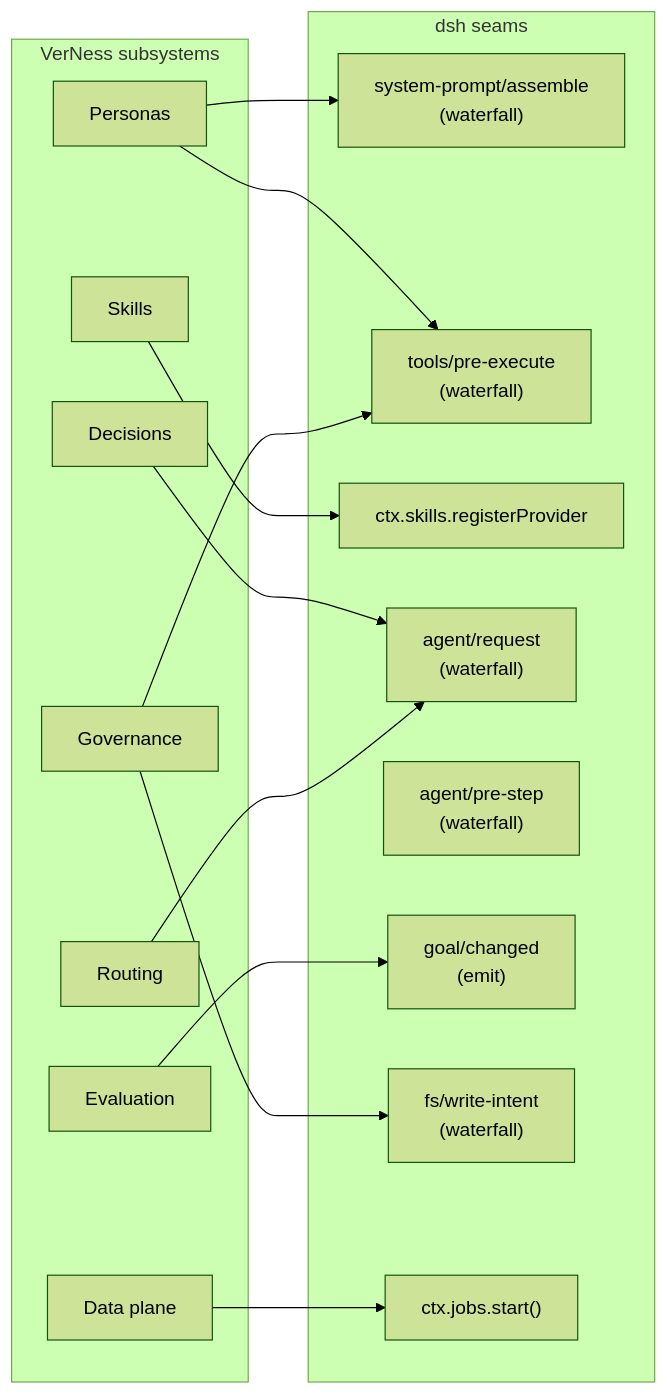
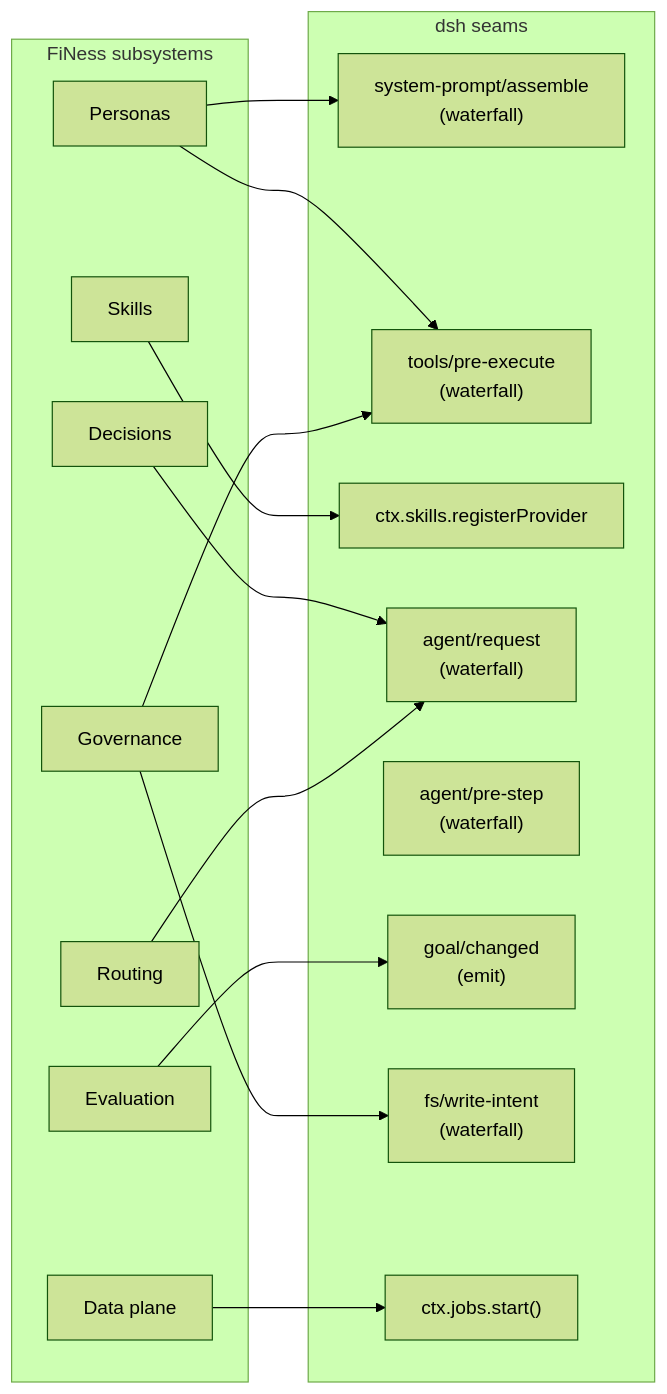
The fourth of 4 diagrams in README.md (MoonHawlk/VerNess), drawn with Mermaid (forest theme) before and after one commit. The commit also changed other lines of this file and 127 other files, not shown here.

First line of the commit message:
chore: rename VerNess to FiNess across the project

````diff
--- a/README.md
+++ b/README.md
@@ -392,33 +392,33 @@
 ```mermaid
 graph LR
-    subgraph VerNess subsystems
+    subgraph FiNess subsystems
         PERS[Personas]
         SKILL[Skills]
         DEC[Decisions]
         ROUT[Routing]
         EVAL[Evaluation]
         GOV[Governance]
         DATA[Data plane]
     end
 
     subgraph dsh seams
         SP["system-prompt/assemble\n(waterfall)"]
         TPE["tools/pre-execute\n(waterfall)"]
         SKR["ctx.skills.registerProvider"]
         ARQ["agent/request\n(waterfall)"]
         APS["agent/pre-step\n(waterfall)"]
         GC["goal/changed\n(emit)"]
         FSW["fs/write-intent\n(waterfall)"]
         TJ["ctx.jobs.start()"]
     end
 
     PERS --> SP
     PERS --> TPE
     SKILL --> SKR
     DEC --> ARQ
     ROUT --> ARQ
     EVAL --> GC
     GOV --> FSW
     GOV --> TPE
     DATA --> TJ
 ```
````
